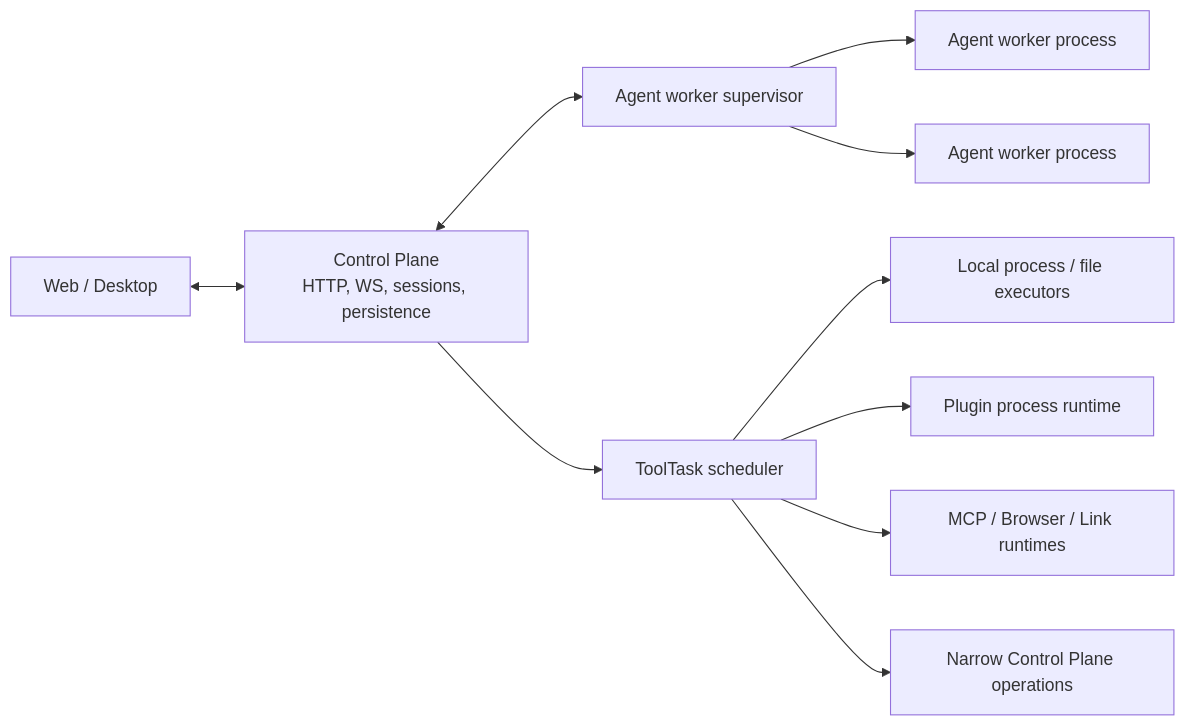
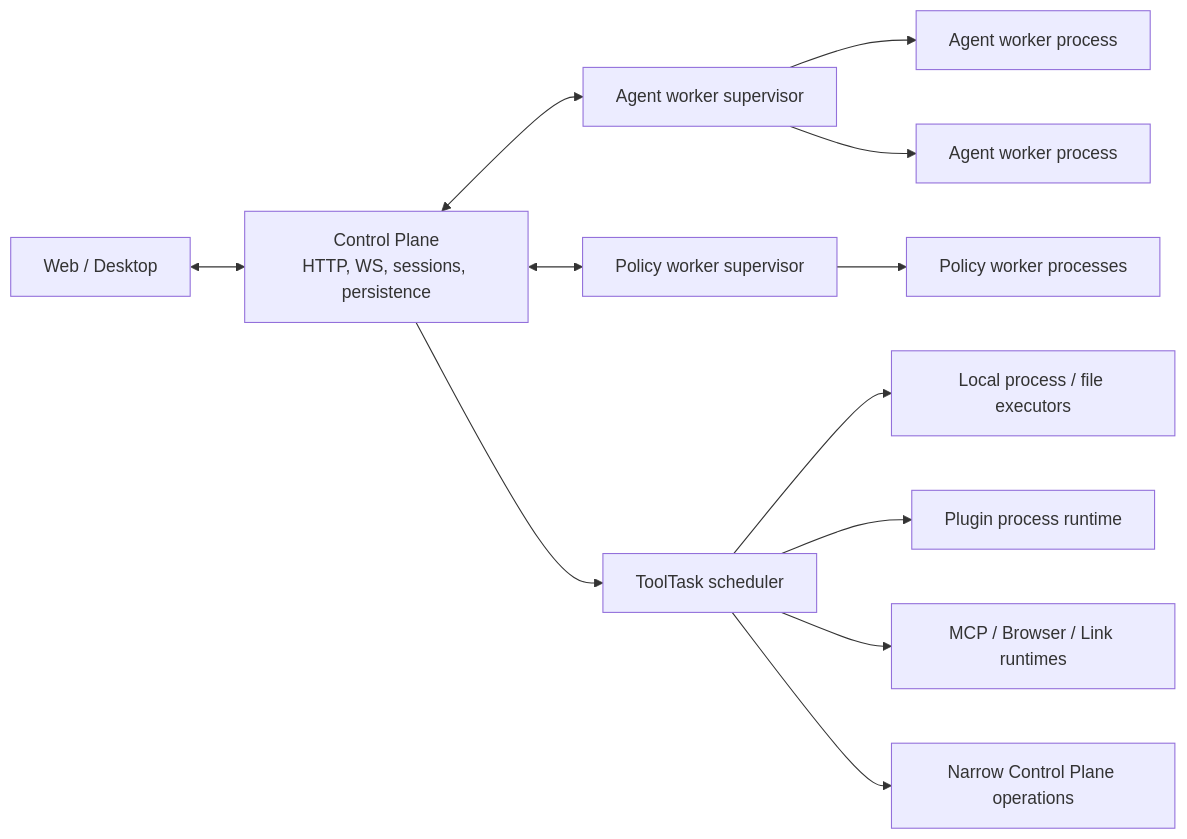
One commit to SII-Holos/synergy changed the diagram in docs/architecture/runtime-and-scope.md. Above: the diagram before and after it, drawn with Mermaid. The commit also changed other lines of this file and 32 other files, not shown here.

````diff
--- a/docs/architecture/runtime-and-scope.md
+++ b/docs/architecture/runtime-and-scope.md
@@ -43,12 +43,14 @@
 ```mermaid
 flowchart LR
   Client["Web / Desktop"] <--> CP["Control Plane<br/>HTTP, WS, sessions, persistence"]
   CP <--> Pool["Agent worker supervisor"]
   Pool --> A1["Agent worker process"]
   Pool --> A2["Agent worker process"]
+  CP <--> PolicyPool["Policy worker supervisor"]
+  PolicyPool --> Policy["Policy worker processes"]
   CP --> Scheduler["ToolTask scheduler"]
   Scheduler --> Local["Local process / file executors"]
   Scheduler --> Plugin["Plugin process runtime"]
   Scheduler --> Remote["MCP / Browser / Link runtimes"]
   Scheduler --> Internal["Narrow Control Plane operations"]
 ```
````
